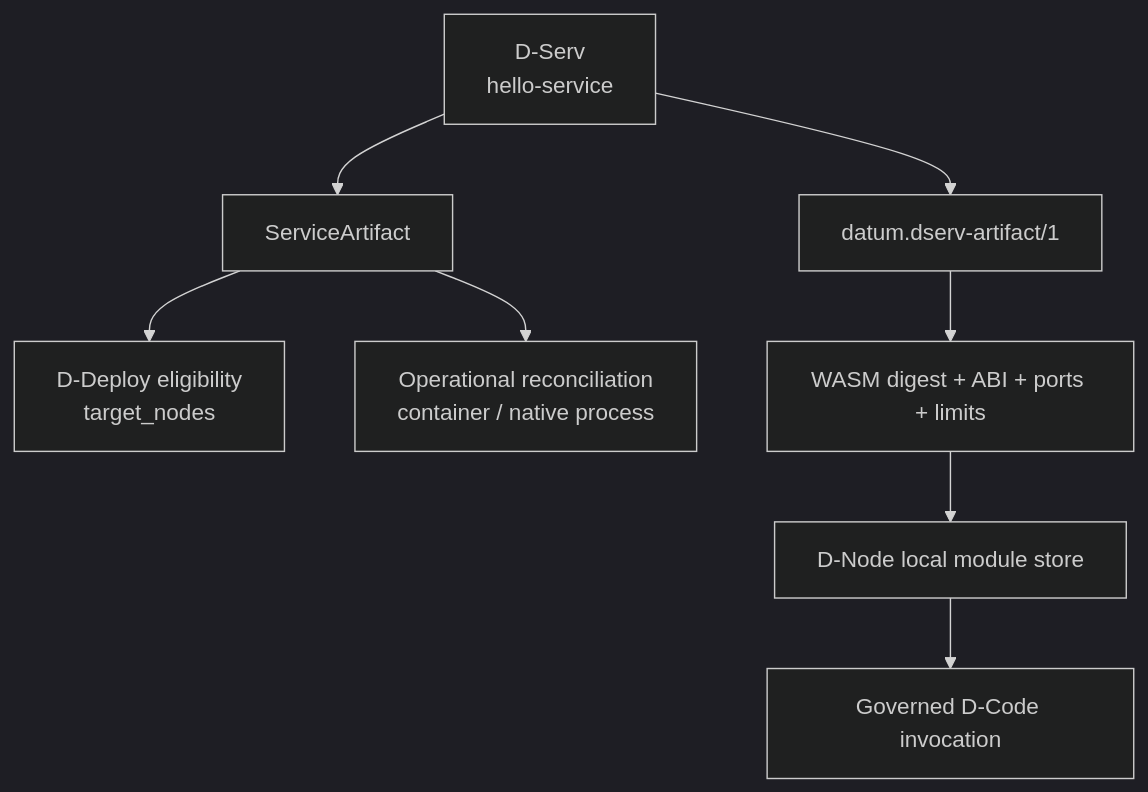
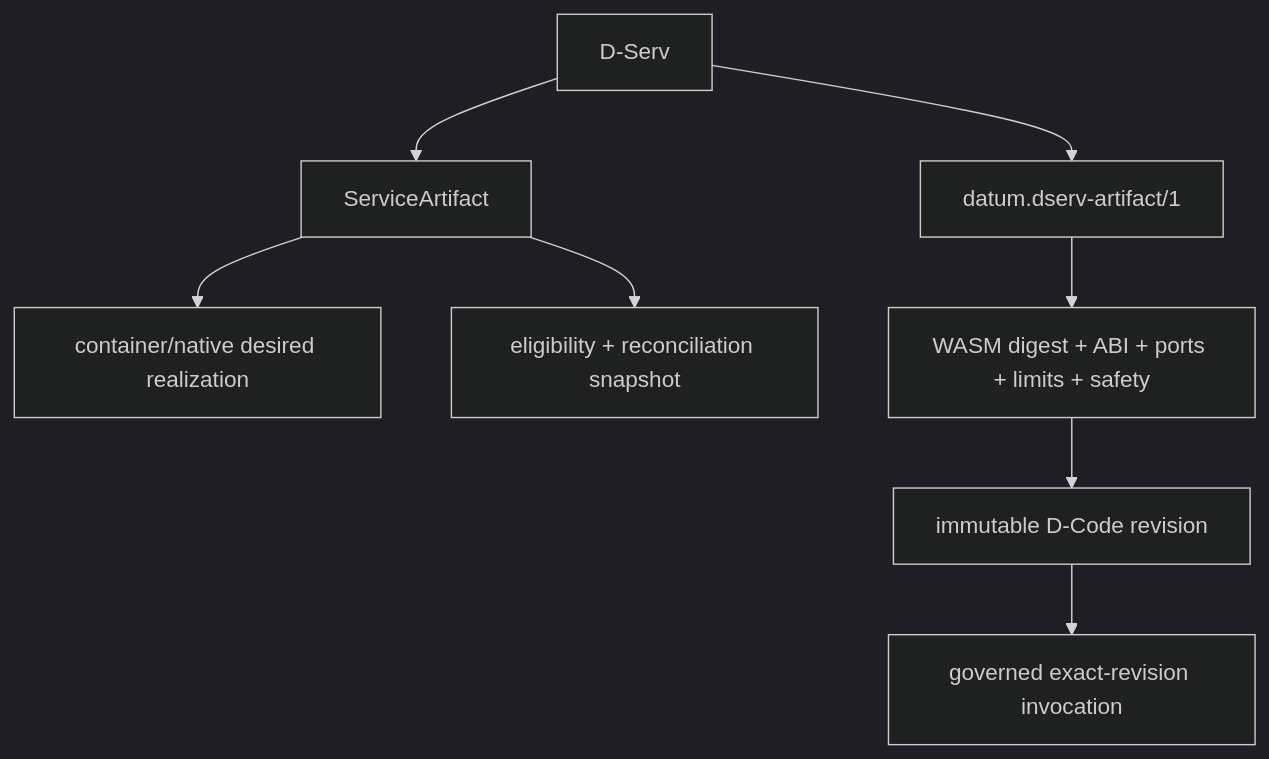
Before and after one commit to dnredson/datum-docs: the first of 2 diagrams in docs/tutorials/artifacts.md, drawn with Mermaid (dark theme). The commit also changed other lines of this file and 10 other files, not shown here.

Commit message:
docs: add service-to-node deployment tutorials

````diff
--- a/docs/tutorials/artifacts.md
+++ b/docs/tutorials/artifacts.md
@@ -18,13 +20,12 @@
 ```mermaid
 flowchart TB
-    DS["D-Serv\nhello-service"]
-
+    DS["D-Serv"]
     DS --> SA["ServiceArtifact"]
-    SA --> ELIG["D-Deploy eligibility\ntarget_nodes"]
-    SA --> REC["Operational reconciliation\ncontainer / native process"]
+    SA --> OP["container/native desired realization"]
+    SA --> EL["eligibility + reconciliation snapshot"]
 
     DS --> DA["datum.dserv-artifact/1"]
-    DA --> META["WASM digest + ABI + ports + limits"]
-    META --> STORE["D-Node local module store"]
-    STORE --> INV["Governed D-Code invocation"]
+    DA --> ID["WASM digest + ABI + ports + limits + safety"]
+    ID --> REG["immutable D-Code revision"]
+    REG --> INV["governed exact-revision invocation"]
 ```
````
